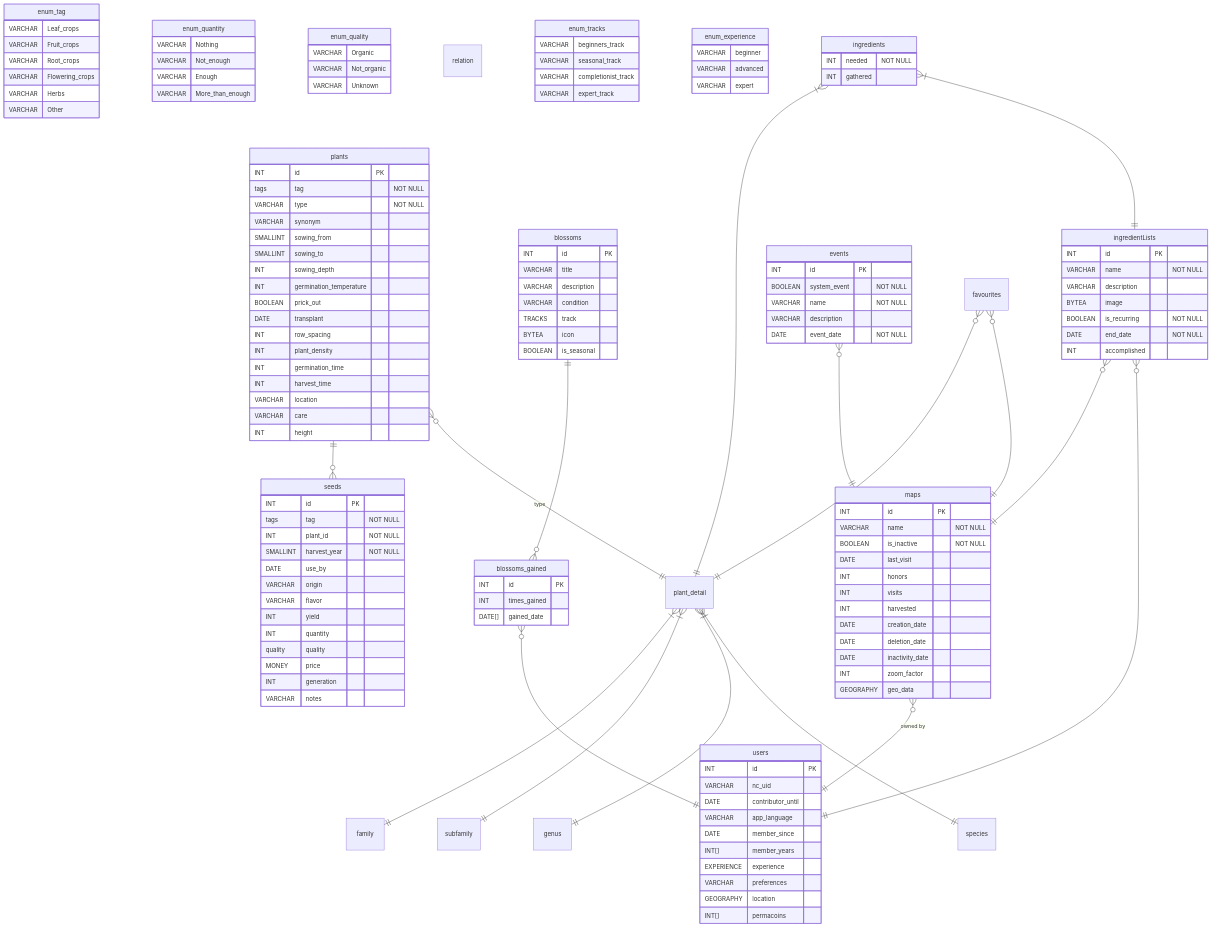
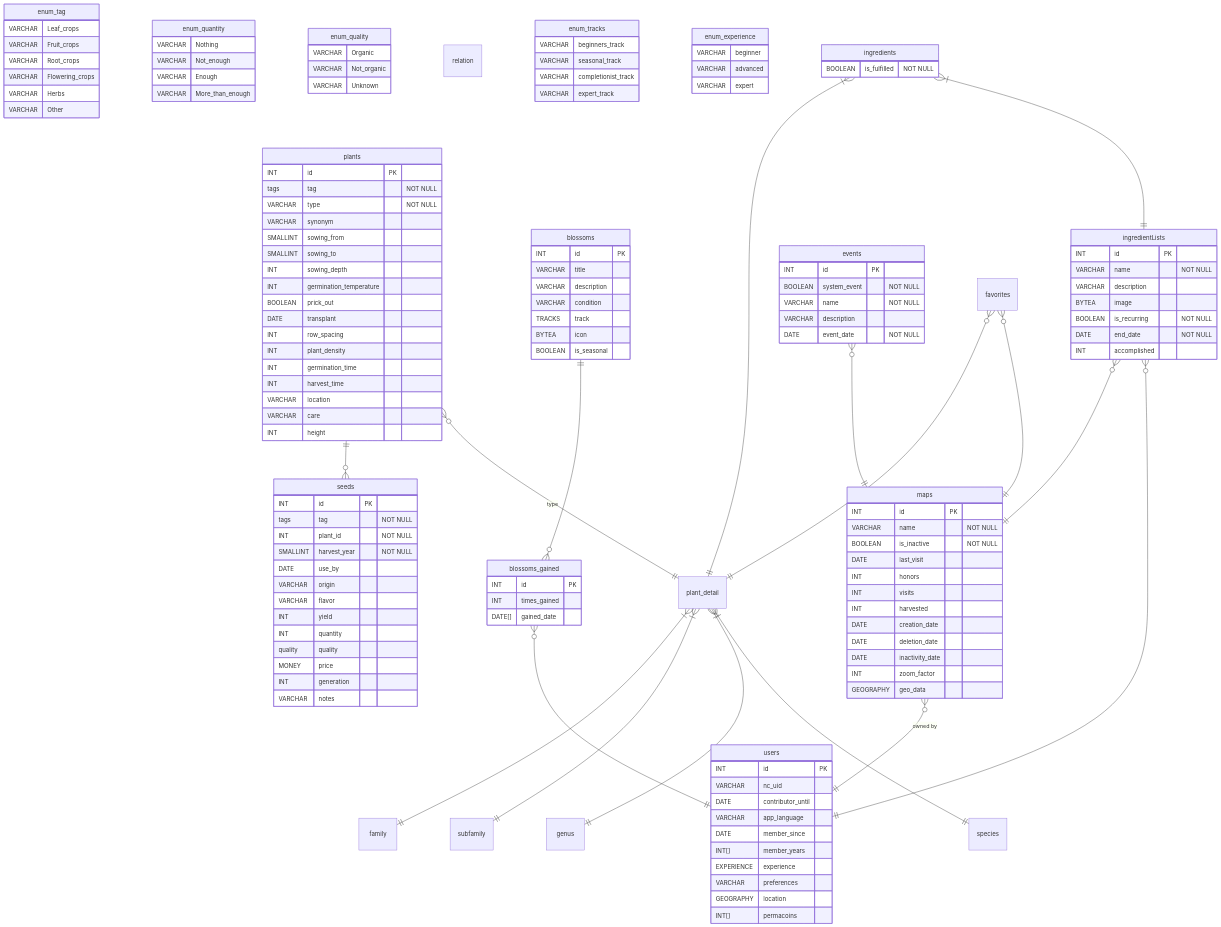
The diagram in doc/database/schemata.md (ElektraInitiative/PermaplanT), drawn with Mermaid before and after one commit. The commit also changed other lines of this file, not shown here.

````diff
--- a/doc/database/schemata.md
+++ b/doc/database/schemata.md
@@ -157,8 +157,7 @@
 }
 
 ingredients {
-  INT needed "NOT NULL"
-  INT gathered
+  BOOLEAN is_fulfilled "NOT NULL"
 }
 
 ingredientLists }o--|| users : ""
@@ -176,9 +175,9 @@
 
 events }o--|| maps : ""
 
-favourites {}
+favorites {}
 
-favourites }o--|| maps : ""
-favourites }o--|| plant_detail : ""
+favorites }o--|| maps : ""
+favorites }o--|| plant_detail : ""
 
 ```
````
